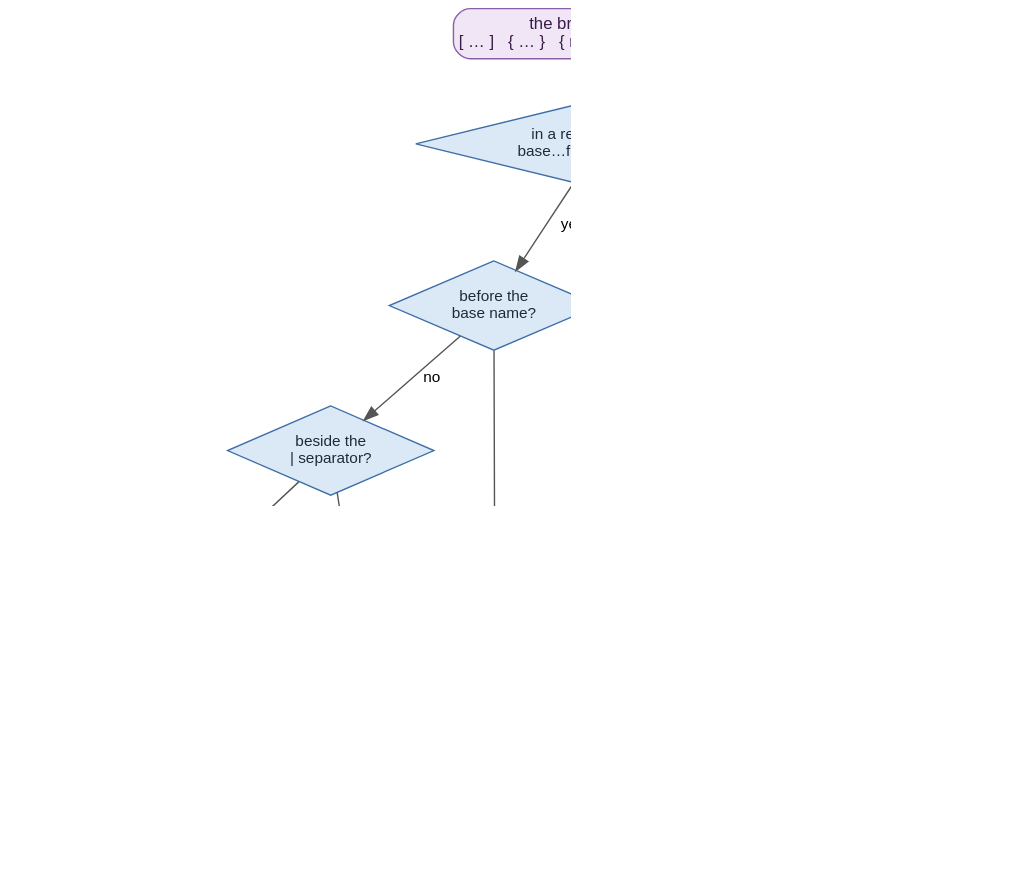
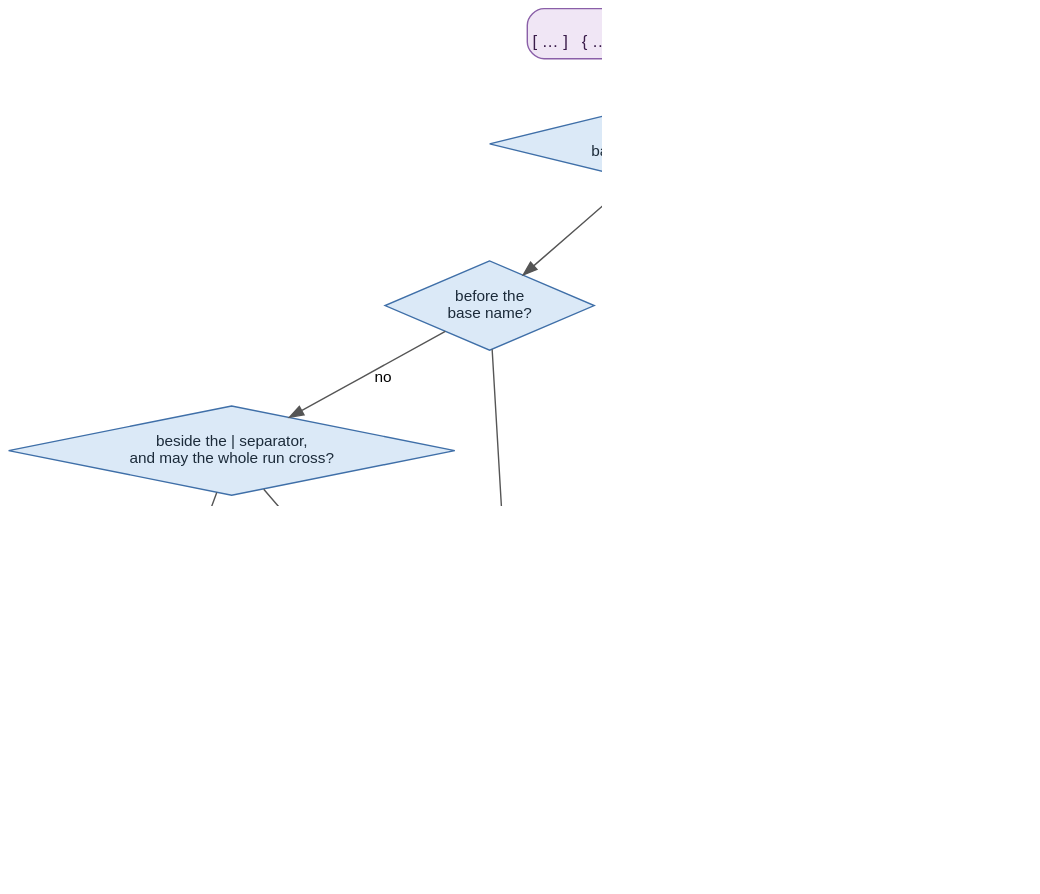
The diagram in docs/diagrams/comment-classify-bracket.dot (gilramir/gren-format-lib), drawn with Graphviz before and after one commit. The commit also changed 3 other files, not shown here.

```diff
--- a/docs/diagrams/comment-classify-bracket.dot
+++ b/docs/diagrams/comment-classify-bracket.dot
@@ -1,59 +1,59 @@
 digraph ClassifyBracket {
     rankdir=TB;
     bgcolor="white";
     dpi=130;
     fontname="Helvetica,Arial,sans-serif";
     ranksep=0.38;
     nodesep=0.40;
 
     node [fontname="Helvetica,Arial,sans-serif", fontsize=12];
     edge [fontname="Helvetica,Arial,sans-serif", fontsize=11, color="#555555"];
 
     node [shape=box, style="rounded,filled", fillcolor="#f0e6f5", color="#8a5fa8", fontcolor="#3a1c4a"];
     entry [label="the bracket branch\n[ … ]   { … }   { r | … }   exposing ( … )"];
 
     node [shape=diamond, style="filled", fillcolor="#dbe9f7", color="#3f6fa8", fontcolor="#1c2b3a", fontsize=11];
     dUpdate [label="in a record update's\nbase…first-field region?"];
 
     uBase [label="before the\nbase name?"];
-    uSep  [label="beside the\n| separator?"];
+    uSep  [label="beside the | separator,\nand may the whole run cross?"];
     uRow  [label="on the\nbase's row?"];
 
-    lSep [label="in the\n, gap?"];
+    lSep [label="in the , gap,\nand may the whole run cross?"];
     lOwn [label="on a row\nof its own?"];
     lStr [label="opener slot before\na \"\"\"…\"\"\" item?"];
 
     kKind [label="can its text\nshare a line?"];
 
     node [shape=box, style="rounded,filled", fillcolor="#e4f3e4", color="#4b8b4b", fontcolor="#14401b", fontsize=12];
     r1 [label="LeadsNext"];
     r2 [label="TrailsHead"];
     r3 [label="LeadsOwnLine"];
     r4 [label="LeadsNext"];
     r5 [label="LeadsOwnLine"];
     r6 [label="LeadsOwnLine"];
     r7 [label="RidesInline"];
     r8 [label="TrailsPrevious"];
 
     entry -> dUpdate;
 
     dUpdate -> uBase [label=" yes "];
     dUpdate -> lSep  [label=" no: an\l item list\l"];
 
     uBase -> kKind [label=" yes: the\l opener slot\l"];
     uBase -> uSep  [label=" no "];
     uSep  -> r1    [label=" yes (C2) "];
     uSep  -> uRow  [label=" no "];
     uRow  -> r2    [label=" yes "];
     uRow  -> r3    [label=" no "];
 
     lSep -> r4   [label=" yes (C2) "];
     lSep -> lOwn [label=" no "];
     lOwn -> r5   [label=" yes "];
     lOwn -> lStr [label=" no "];
     lStr -> r6   [label=" yes "];
     lStr -> kKind [label=" no "];
 
     kKind -> r7 [label=" yes "];
     kKind -> r8 [label=" no "];
 }
```
